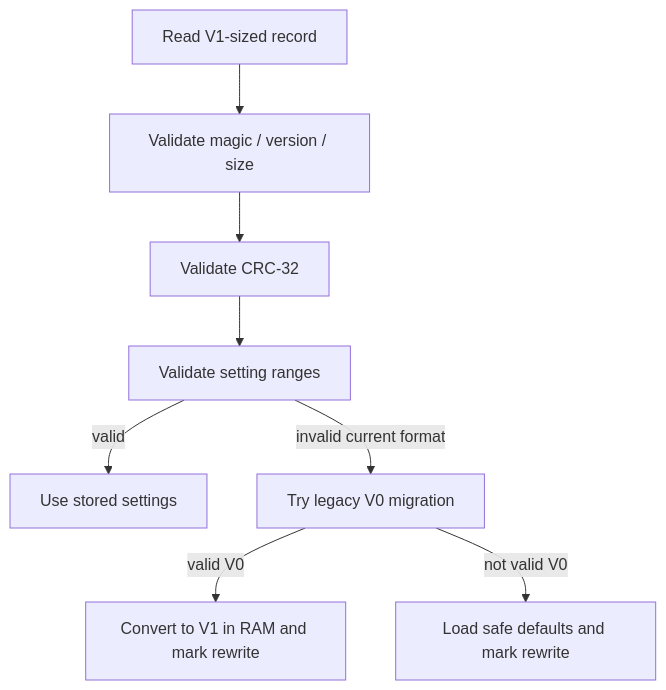
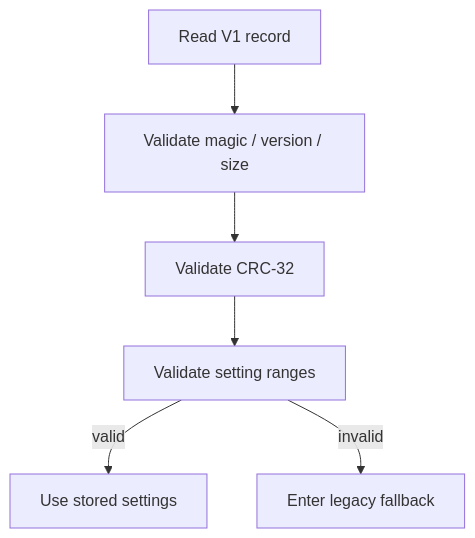
Before and after one commit to haikevins/Multimeter_Project: diagram 17 of 21 in README.md, drawn with Mermaid. The commit also changed other lines of this file, not shown here.

````diff
--- a/README.md
+++ b/README.md
@@ -981,10 +1023,8 @@
 ```mermaid
-flowchart TD
-    READ["Read V1-sized record"] --> META["Validate magic / version / size"]
+flowchart TB
+    READ["Read V1 record"] --> META["Validate magic / version / size"]
     META --> CRC["Validate CRC-32"]
     CRC --> RANGE["Validate setting ranges"]
     RANGE -->|"valid"| USE["Use stored settings"]
-    RANGE -->|"invalid current format"| LEGACY["Try legacy V0 migration"]
-    LEGACY -->|"valid V0"| MIGRATE["Convert to V1 in RAM and mark rewrite"]
-    LEGACY -->|"not valid V0"| DEFAULTS["Load safe defaults and mark rewrite"]
+    RANGE -->|"invalid"| FALLBACK["Enter legacy fallback"]
 ```
````
